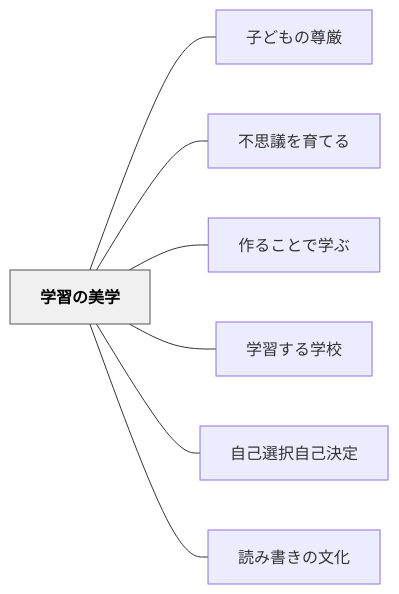
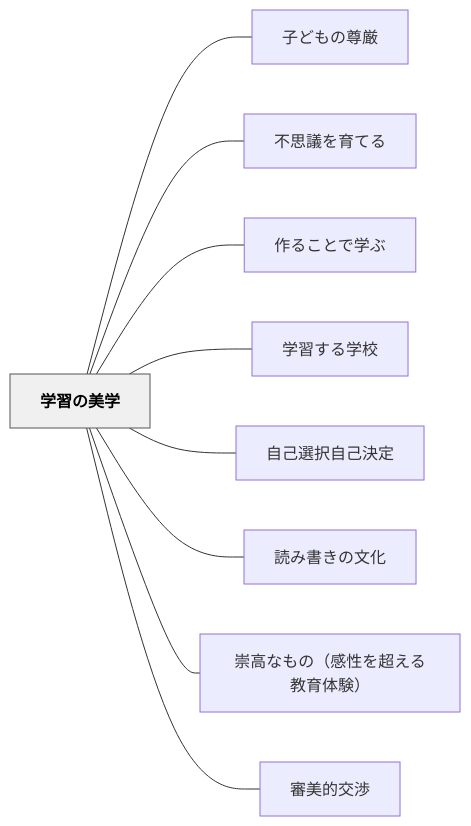
One commit to unknownthings-ed-patterns/unknownthings-ed-patterns changed the diagram in content/パタン/学習の美学.md. Above: the diagram before and after it, drawn with Mermaid. The commit also changed other lines of this file and 14 other files, not shown here.

````diff
--- a/content/パタン/学習の美学.md
+++ b/content/パタン/学習の美学.md
@@ -127,20 +149,24 @@
 ```mermaid
 flowchart LR
     ne5ada6e7bf92e381aee7be8ee5ada6["学習の美学"]
     ne5ad90e381a9e38282e381aee5b08ae58eb3["子どもの尊厳"]
     ne4b88de6809de8adb0e38292e882b2e381a6e3828b["不思議を育てる"]
     ne4bd9ce3828be38193e381a8e381a7e5ada6e381b6["作ることで学ぶ"]
     ne5ada6e7bf92e38199e3828be5ada6e6a0a1["学習する学校"]
     ne887aae5b7b1e981b8e68a9ee887aae5b7b1e6b1bae5ae9a["自己選択自己決定"]
     ne8aaade381bfe69bb8e3818de381aee69687e58c96["読み書きの文化"]
+    ne5b487e9ab98e381aae38282e381aeefbc88e6849fe680a7e38292e8b685e38188e3828be69599e882b2e4bd93e9a893efbc89["崇高なもの（感性を超える教育体験）"]
+    ne5afa9e7be8ee79a84e4baa4e6b889["審美的交渉"]
 
     ne5ada6e7bf92e381aee7be8ee5ada6 --- ne5ad90e381a9e38282e381aee5b08ae58eb3
     ne5ada6e7bf92e381aee7be8ee5ada6 --- ne4b88de6809de8adb0e38292e882b2e381a6e3828b
     ne5ada6e7bf92e381aee7be8ee5ada6 --- ne4bd9ce3828be38193e381a8e381a7e5ada6e381b6
     ne5ada6e7bf92e381aee7be8ee5ada6 --- ne5ada6e7bf92e38199e3828be5ada6e6a0a1
     ne5ada6e7bf92e381aee7be8ee5ada6 --- ne887aae5b7b1e981b8e68a9ee887aae5b7b1e6b1bae5ae9a
     ne5ada6e7bf92e381aee7be8ee5ada6 --- ne8aaade381bfe69bb8e3818de381aee69687e58c96
+    ne5ada6e7bf92e381aee7be8ee5ada6 --- ne5b487e9ab98e381aae38282e381aeefbc88e6849fe680a7e38292e8b685e38188e3828be69599e882b2e4bd93e9a893efbc89
+    ne5ada6e7bf92e381aee7be8ee5ada6 --- ne5afa9e7be8ee79a84e4baa4e6b889
 
     classDef hub fill:#f0f0f0,stroke:#555,color:#000,font-weight:bold
     class ne5ada6e7bf92e381aee7be8ee5ada6 hub
 ```
````
